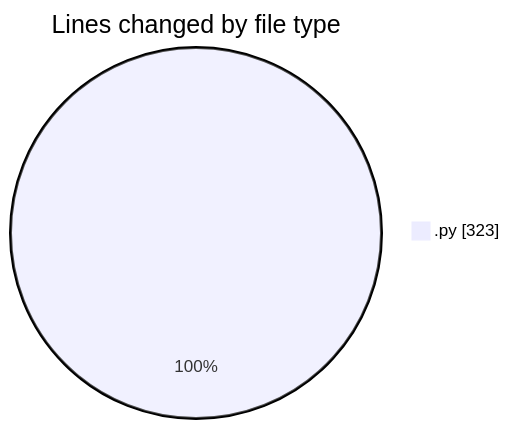
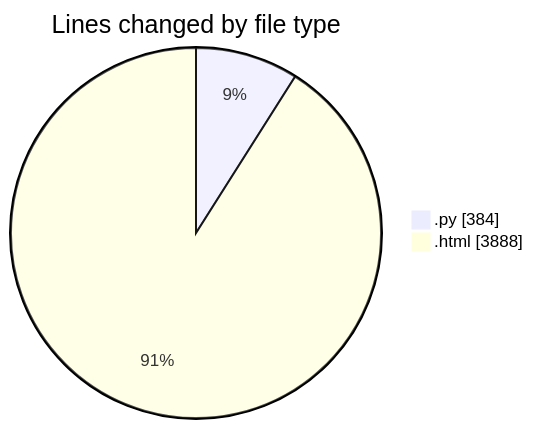
Before and after one commit to MatusMokan/code-tracking: the first of 2 diagrams in 2026-01-21/testtrexima/README.md, drawn with Mermaid. The commit also changed other lines of this file and 1 other file, not shown here.

````diff
--- a/2026-01-21/testtrexima/README.md
+++ b/2026-01-21/testtrexima/README.md
@@ -20,5 +21,6 @@
 ```mermaid
 pie showData
 title Lines changed by file type
-".py" : 323
+".py" : 384
+".html" : 3888
 ```
````
